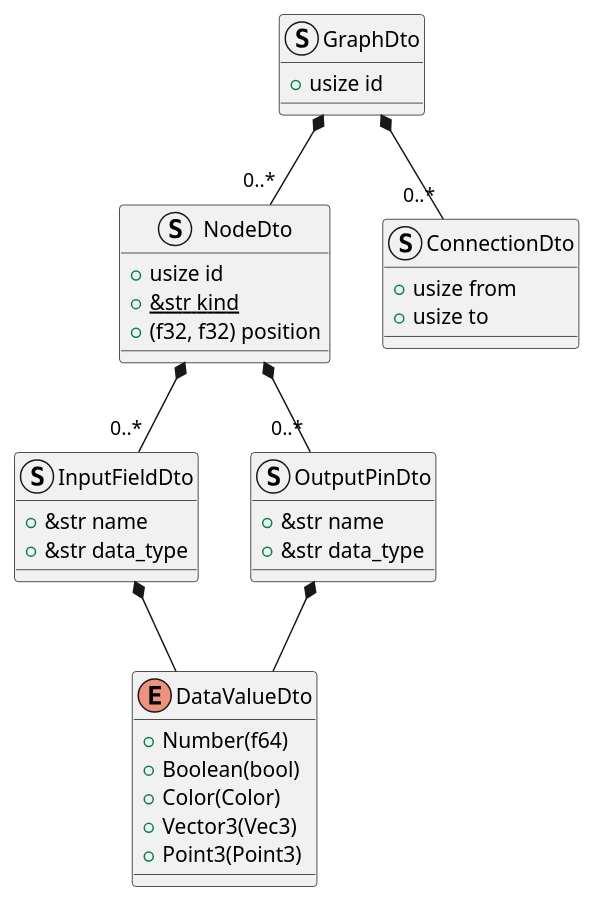
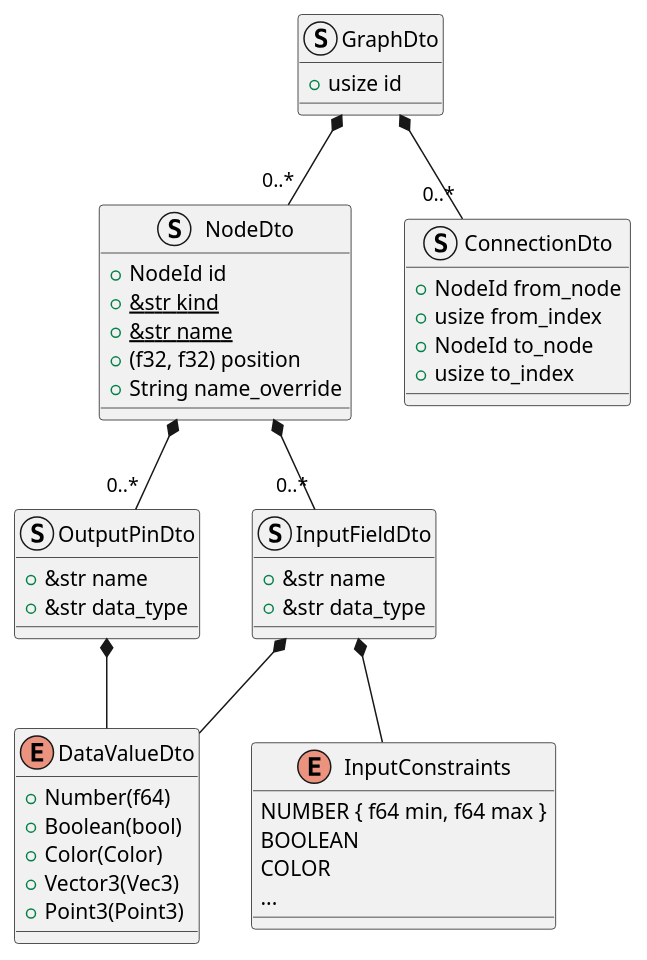
Before and after one commit to cookiemonsternz/wovmoH: the diagram in docs/uml/dto.plantuml, drawn with PlantUML. The commit also changed 1 other file, not shown here.

Commit message:
Update uml

```diff
--- a/docs/uml/dto.plantuml
+++ b/docs/uml/dto.plantuml
@@ -1,43 +1,55 @@
 @startuml
 'START DTO SECTION'
 struct NodeDto {
-  +usize id
+  +NodeId id
   +{static} &str kind
+  +{static} &str name
   +{field} (f32, f32) position
+  +{field} String name_override
 }
 
 struct InputFieldDto {
   +&str name
   +&str data_type
 }
 
 struct OutputPinDto {
   +&str name
   +&str data_type
 }
 
 enum DataValueDto {
   +{field} Number(f64)
   +{field} Boolean(bool)
   +{field} Color(Color)
   +{field} Vector3(Vec3)
   +{field} Point3(Point3)
 }
 
 struct ConnectionDto {
-  +usize from
-  +usize to
+  +NodeId from_node
+  +usize from_index
+  +NodeId to_node
+  +usize to_index
 }
 
 struct GraphDto {
   +usize id
+}
+
+enum InputConstraints {
+  NUMBER { f64 min, f64 max }
+  BOOLEAN
+  COLOR
+  ...
 }
 
 GraphDto *--"0..*" NodeDto
 GraphDto *--"0..*" ConnectionDto
 NodeDto *--"0..*" InputFieldDto
 NodeDto *--"0..*" OutputPinDto
 InputFieldDto *-- DataValueDto
+InputFieldDto *-- InputConstraints
 OutputPinDto *-- DataValueDto
 'END DTO SECTION'
 @enduml
```
